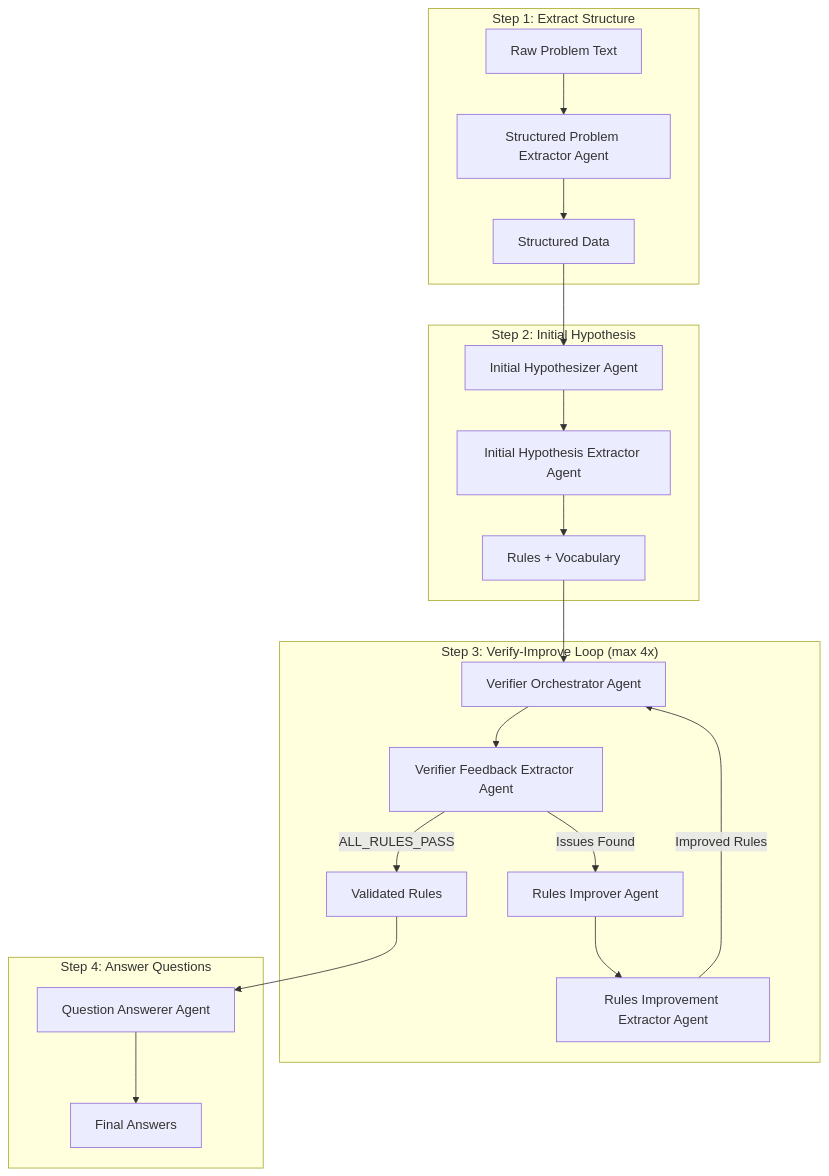
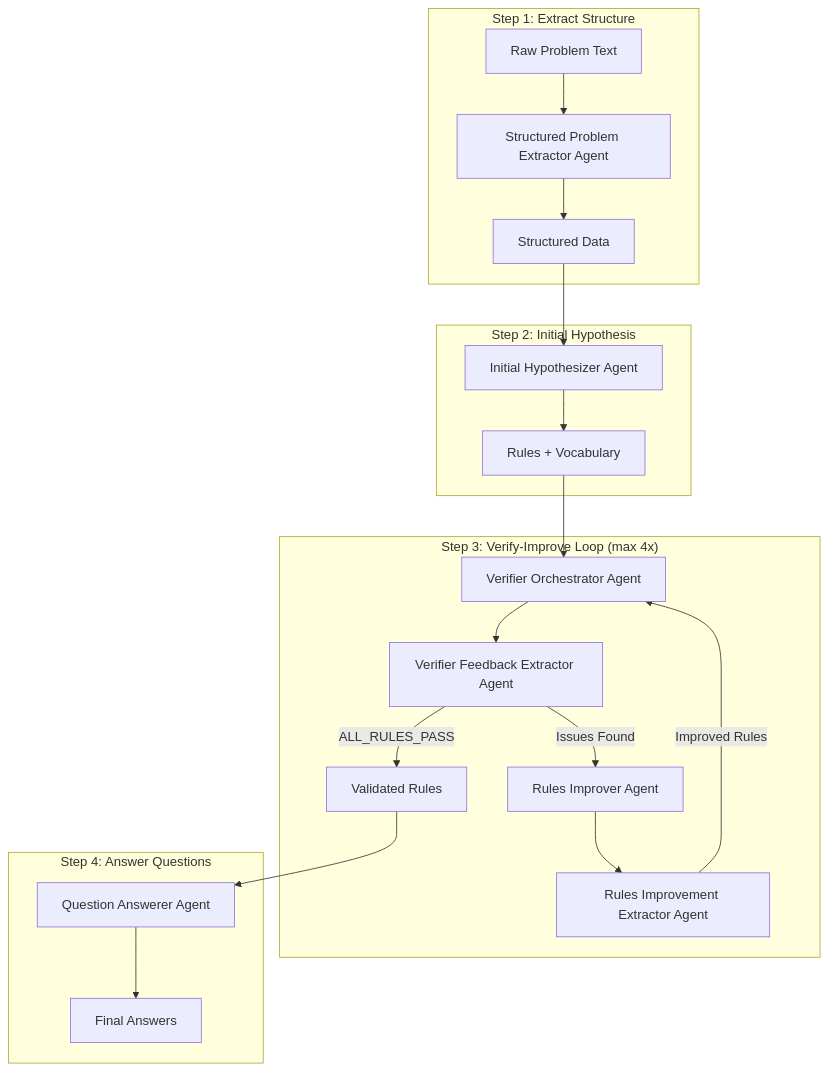
Before and after one commit to cervonwong/LO-Solver: the first of 2 diagrams in src/mastra/workflow/README.md, drawn with Mermaid. The commit also changed other lines of this file and 4 other files, not shown here.

First line of the commit message:
Delete deprecated extractor agent and shared-memory files

````diff
--- a/src/mastra/workflow/README.md
+++ b/src/mastra/workflow/README.md
@@ -16,27 +16,26 @@
 ```mermaid
 flowchart TB
     subgraph Step1["Step 1: Extract Structure"]
         RAW[Raw Problem Text] --> SPE[Structured Problem Extractor Agent]
         SPE --> SD[Structured Data]
     end
 
     subgraph Step2["Step 2: Initial Hypothesis"]
         SD --> IH[Initial Hypothesizer Agent]
-        IH --> IHE[Initial Hypothesis Extractor Agent]
-        IHE --> RULES1[Rules + Vocabulary]
+        IH --> RULES1[Rules + Vocabulary]
     end
 
     subgraph Step3["Step 3: Verify-Improve Loop (max 4x)"]
         RULES1 --> VO[Verifier Orchestrator Agent]
         VO --> VFE[Verifier Feedback Extractor Agent]
         VFE --> |"Issues Found"| RI[Rules Improver Agent]
         RI --> RIE[Rules Improvement Extractor Agent]
         RIE --> |"Improved Rules"| VO
         VFE --> |"ALL_RULES_PASS"| RULES2[Validated Rules]
     end
 
     subgraph Step4["Step 4: Answer Questions"]
         RULES2 --> QA[Question Answerer Agent]
         QA --> ANSWERS[Final Answers]
     end
 ```
````
